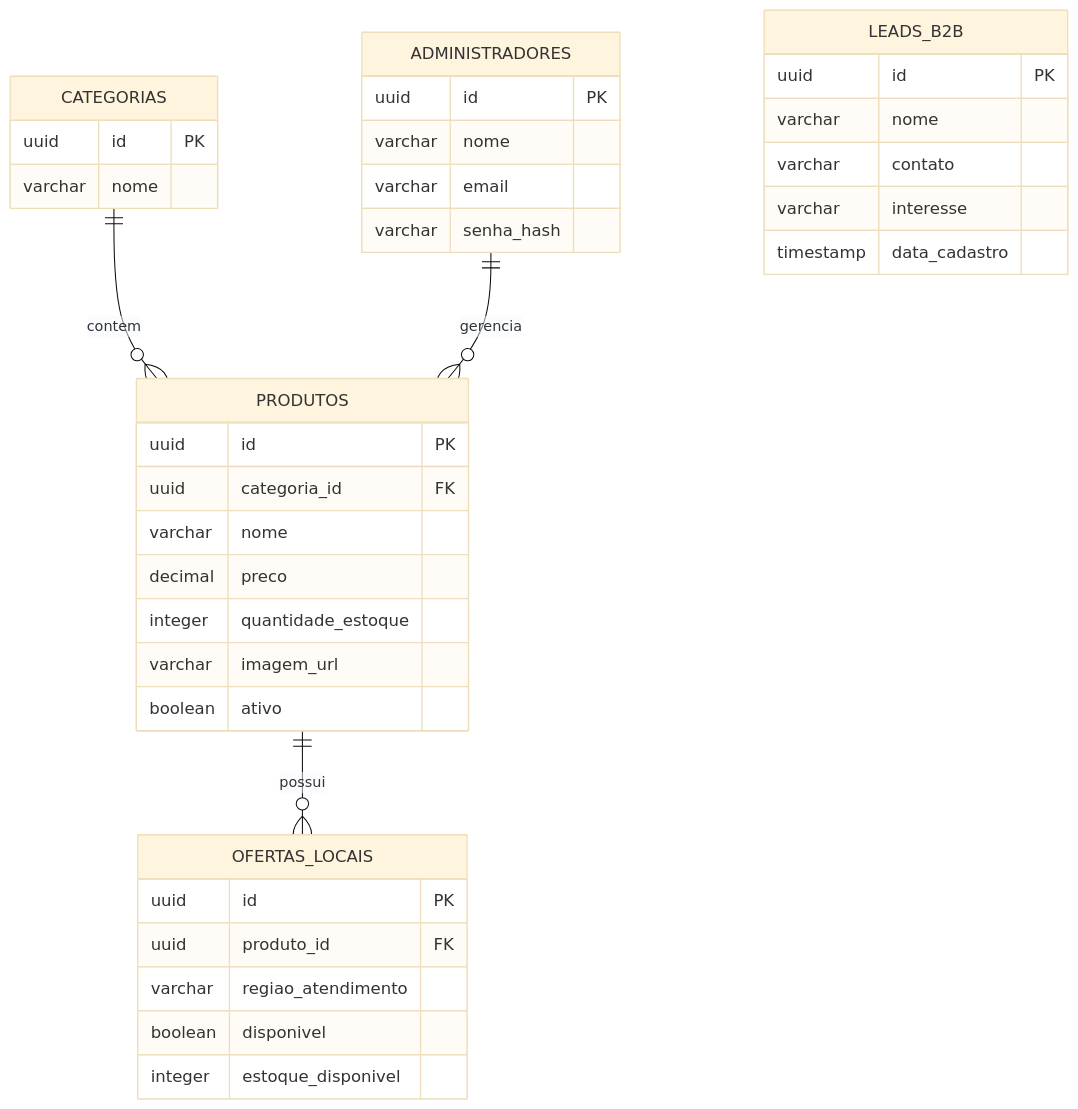
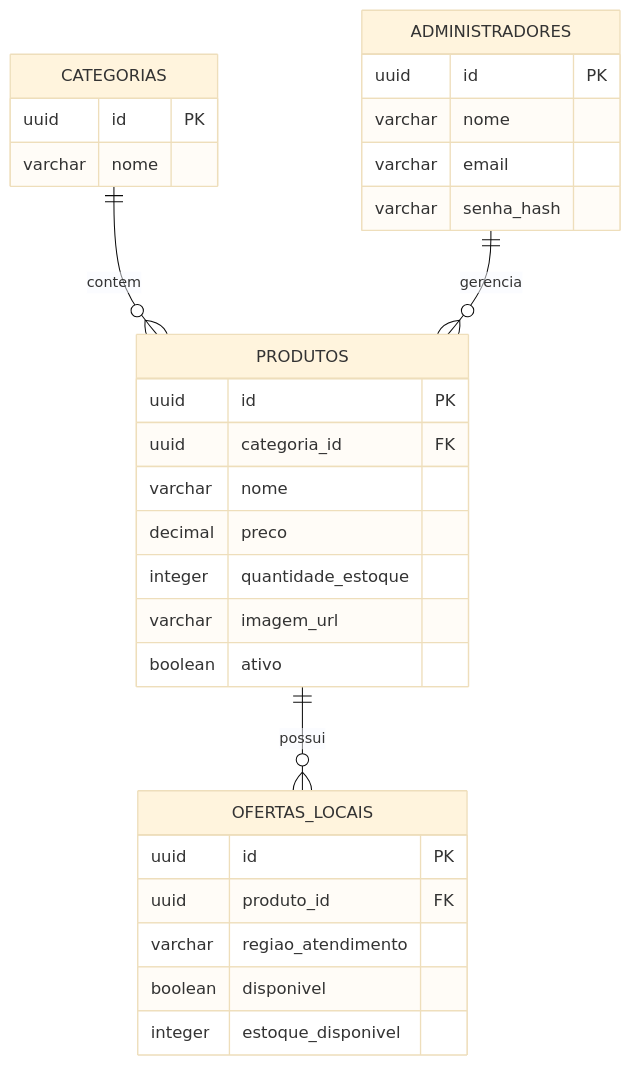
The diagram in docs/arquitetura/05-diagrama-er.md (LuHenRe/Projeto-Revendedora-Atlantica-Natural), drawn with Mermaid (base theme) before and after one commit. The commit also changed other lines of this file and 7 other files, not shown here.

Commit message:
docs: remove LeadB2B da arquitetura local e atualiza diagramas gerados

````diff
--- a/docs/arquitetura/05-diagrama-er.md
+++ b/docs/arquitetura/05-diagrama-er.md
@@ -21,44 +20,36 @@
 ```mermaid
 erDiagram
     CATEGORIAS ||--o{ PRODUTOS : contem
     PRODUTOS ||--o{ OFERTAS_LOCAIS : possui
     ADMINISTRADORES ||--o{ PRODUTOS : gerencia
 
     CATEGORIAS {
         uuid id PK
         varchar nome
     }
 
     PRODUTOS {
         uuid id PK
         uuid categoria_id FK
         varchar nome
         decimal preco
         integer quantidade_estoque
         varchar imagem_url
         boolean ativo
     }
 
     OFERTAS_LOCAIS {
         uuid id PK
         uuid produto_id FK
         varchar regiao_atendimento
         boolean disponivel
         integer estoque_disponivel
     }
 
     ADMINISTRADORES {
         uuid id PK
         varchar nome
         varchar email
         varchar senha_hash
     }
-
-    LEADS_B2B {
-        uuid id PK
-        varchar nome
-        varchar contato
-        varchar interesse
-        timestamp data_cadastro
-    }
 ```
````
